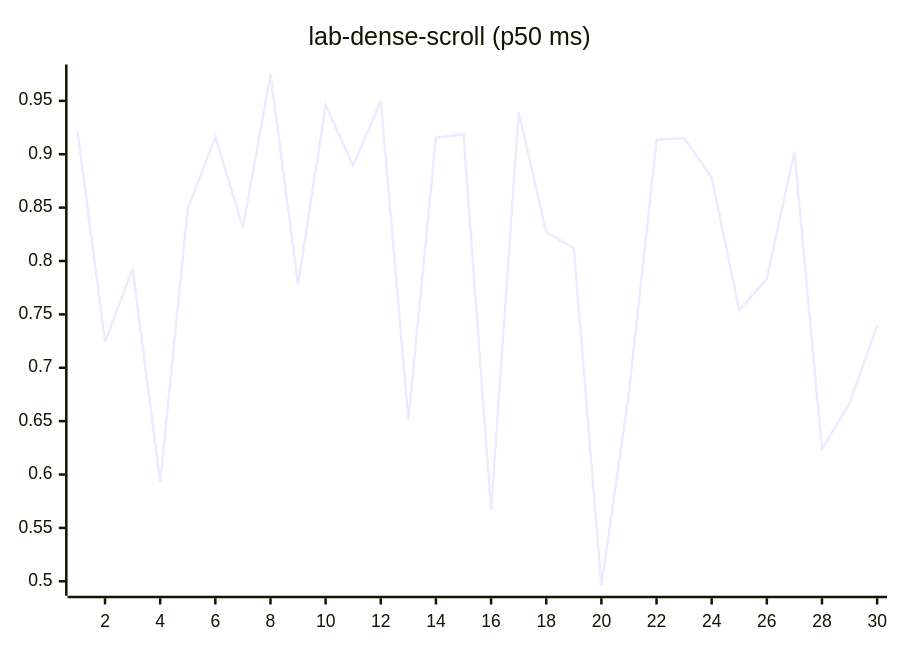
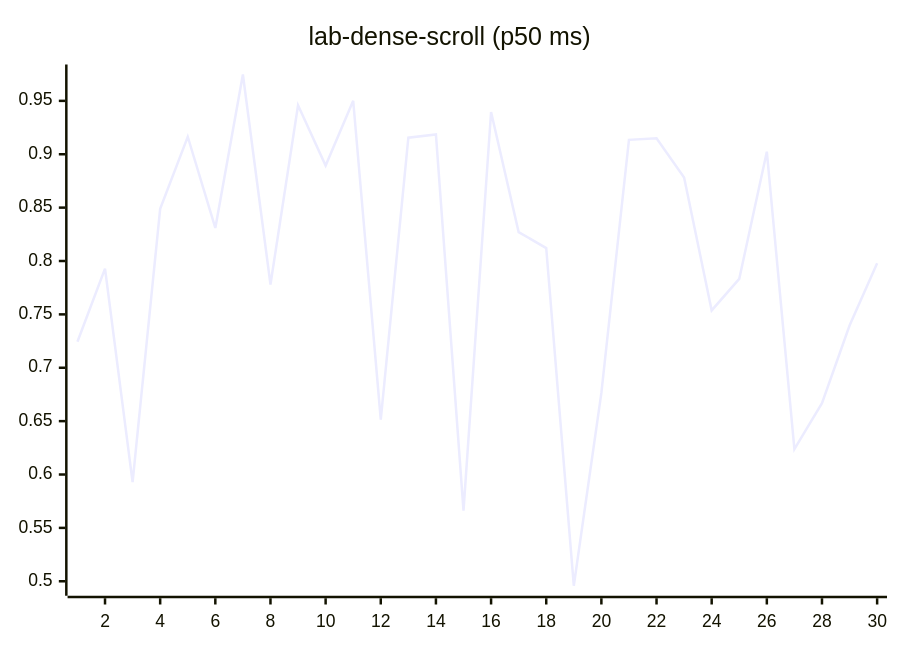
Diagram 12 of 27 in README.md (josha/Facet), drawn with Mermaid before and after one commit. The commit also changed other lines of this file and 2 other files, not shown here.

````diff
--- a/README.md
+++ b/README.md
@@ -140,6 +140,6 @@
 ```mermaid
 xychart-beta
     title "lab-dense-scroll (p50 ms)"
     x-axis 1 --> 30
-    line [0.9218, 0.7244, 0.7929, 0.5928, 0.8489, 0.9164, 0.8310, 0.9747, 0.7780, 0.9459, 0.8894, 0.9501, 0.6514, 0.9155, 0.9185, 0.5661, 0.9396, 0.8271, 0.8121, 0.4958, 0.6764, 0.9135, 0.9149, 0.8783, 0.7537, 0.7833, 0.9024, 0.6238, 0.6669, 0.7395]
+    line [0.7244, 0.7929, 0.5928, 0.8489, 0.9164, 0.8310, 0.9747, 0.7780, 0.9459, 0.8894, 0.9501, 0.6514, 0.9155, 0.9185, 0.5661, 0.9396, 0.8271, 0.8121, 0.4958, 0.6764, 0.9135, 0.9149, 0.8783, 0.7537, 0.7833, 0.9024, 0.6238, 0.6669, 0.7395, 0.7979]
 ```
````
